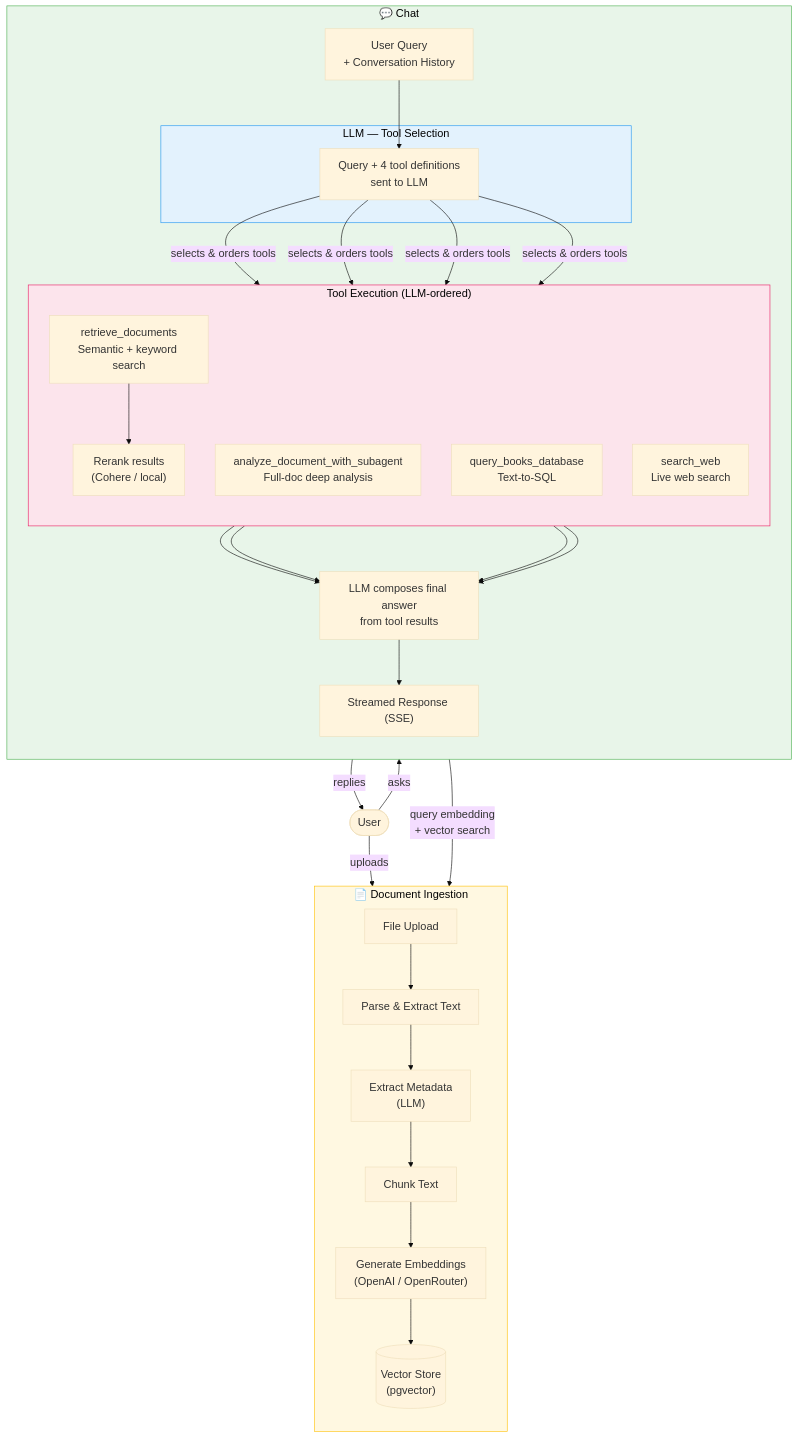
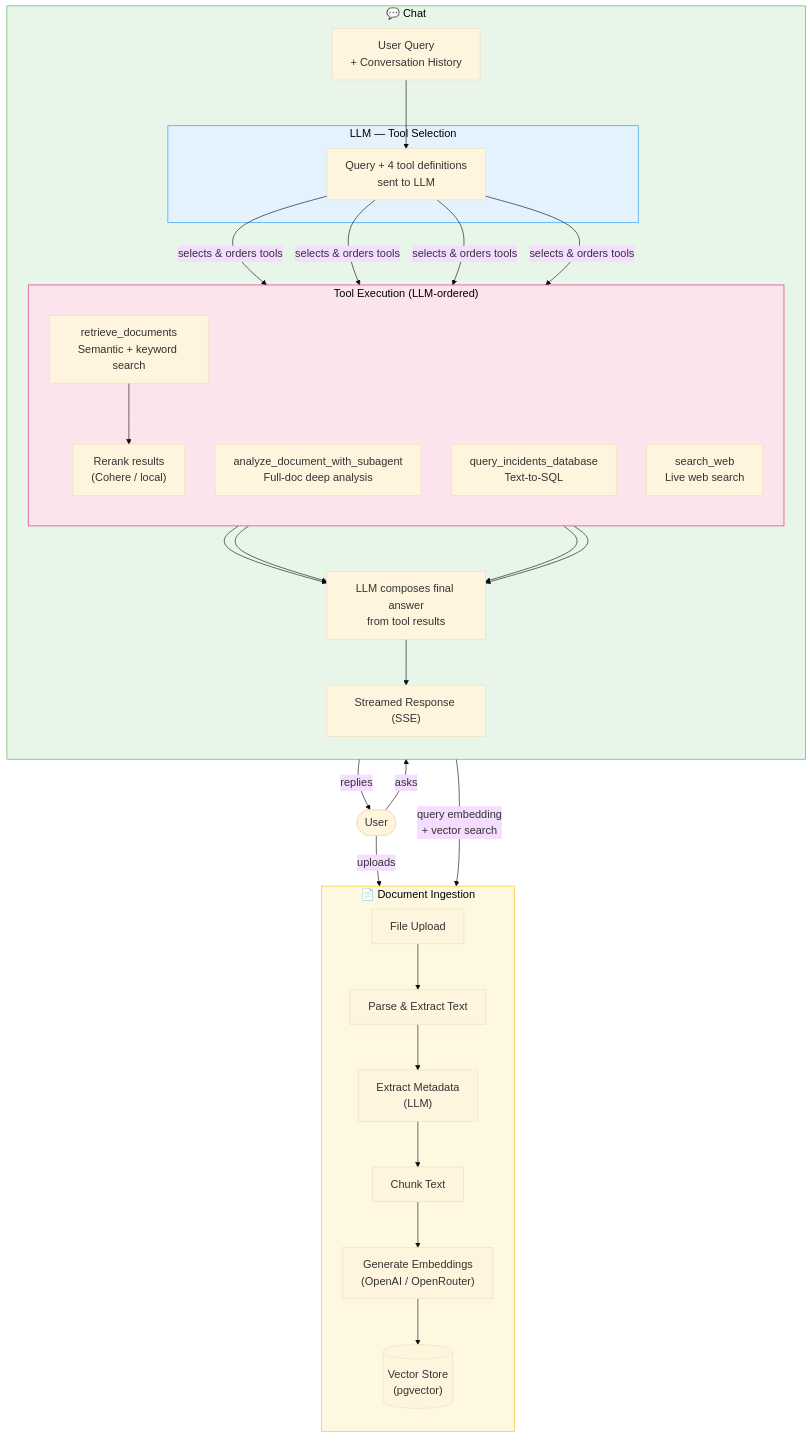
The diagram in docs/architecture.mmd (giladresisi/agentic-rag), drawn with Mermaid before and after one commit. The commit also changed 1 other file, not shown here.

Commit message:
docs(architecture): rename books to incidents in diagram

```diff
--- a/docs/architecture.mmd
+++ b/docs/architecture.mmd
@@ -1,56 +1,56 @@
 %%{init: {'theme': 'base', 'themeVariables': {'fontSize': '18px', 'fontFamily': 'arial'}}}%%
 flowchart TD
     User(["User"])
 
     %% ── INGESTION ──
     subgraph Ingestion["📄  Document Ingestion"]
         direction TB
         Upload["File Upload"]
         Parse["Parse & Extract Text"]
         Metadata["Extract Metadata<br/>(LLM)"]
         Chunk["Chunk Text"]
         Embed["Generate Embeddings<br/>(OpenAI / OpenRouter)"]
         Store[("Vector Store<br/>(pgvector)")]
 
         Upload --> Parse --> Metadata --> Chunk --> Embed --> Store
     end
 
     %% ── CHAT ──
     subgraph Chat["💬  Chat"]
         direction TB
         Query["User Query<br/>+ Conversation History"]
 
         subgraph ToolSelection["LLM — Tool Selection"]
             LLM1["Query + 4 tool definitions<br/>sent to LLM"]
         end
 
         subgraph ToolExecution["Tool Execution  (LLM-ordered)"]
             direction TB
             T1["retrieve_documents<br/>Semantic + keyword search"]
             Rerank["Rerank results<br/>(Cohere / local)"]
             T2["analyze_document_with_subagent<br/>Full-doc deep analysis"]
-            T3["query_books_database<br/>Text-to-SQL"]
+            T3["query_incidents_database<br/>Text-to-SQL"]
             T4["search_web<br/>Live web search"]
         end
 
         Compose["LLM composes final answer<br/>from tool results"]
         Answer["Streamed Response (SSE)"]
 
         Query --> LLM1
         LLM1 -->|"selects & orders tools"| T1
         LLM1 -->|"selects & orders tools"| T2
         LLM1 -->|"selects & orders tools"| T3
         LLM1 -->|"selects & orders tools"| T4
         T1 --> Rerank
         Rerank & T2 & T3 & T4 --> Compose --> Answer
     end
 
     User -->|"uploads"| Upload
     User -->|"asks"| Query
     Answer -->|"replies"| User
     T1 -->|"query embedding<br/>+ vector search"| Store
 
     style Ingestion fill:#fff8e1,stroke:#ffc107,color:#000
     style Chat fill:#e8f5e9,stroke:#4caf50,color:#000
     style ToolSelection fill:#e3f2fd,stroke:#2196f3,color:#000
     style ToolExecution fill:#fce4ec,stroke:#e91e63,color:#000
```
